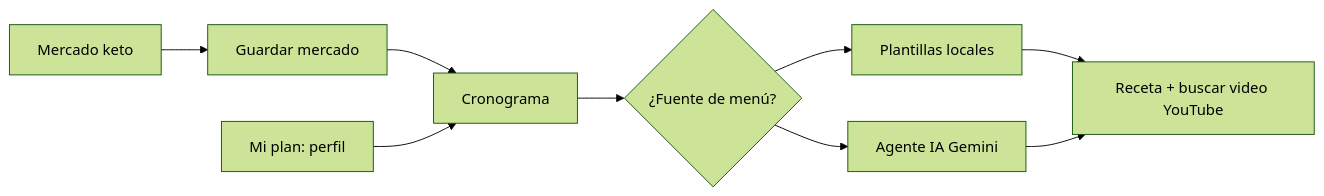
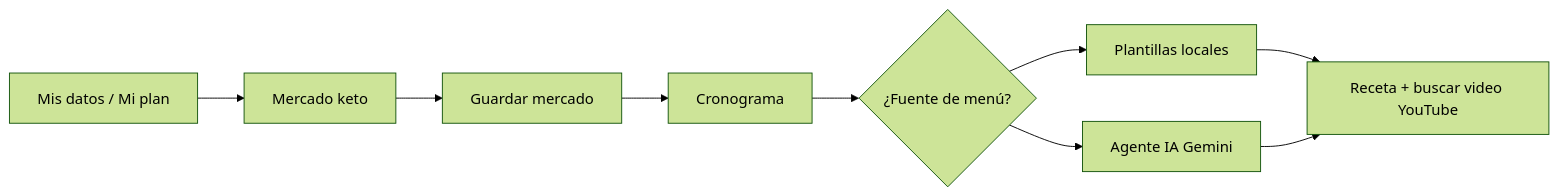
The diagram in docs/FLUJO_USUARIO.md (josephnsa/TEC-NUTRI-SALUD), drawn with Mermaid (forest theme) before and after one commit. The commit also changed other lines of this file and 11 other files, not shown here.

Commit message:
UX: recorrido datos→mercado→menú, StepHeader, nav alineada y skill actualizado

````diff
--- a/docs/FLUJO_USUARIO.md
+++ b/docs/FLUJO_USUARIO.md
@@ -12,11 +18,11 @@
 ```mermaid
 flowchart LR
-  A[Mercado keto] --> B[Guardar mercado]
-  B --> C[Cronograma]
-  D[Mi plan: perfil] --> C
-  C --> E{¿Fuente de menú?}
+  A[Mis datos / Mi plan] --> B[Mercado keto]
+  B --> C[Guardar mercado]
+  C --> D[Cronograma]
+  D --> E{¿Fuente de menú?}
   E --> F[Plantillas locales]
   E --> G[Agente IA Gemini]
   F --> H[Receta + buscar video YouTube]
   G --> H
 ```
````
